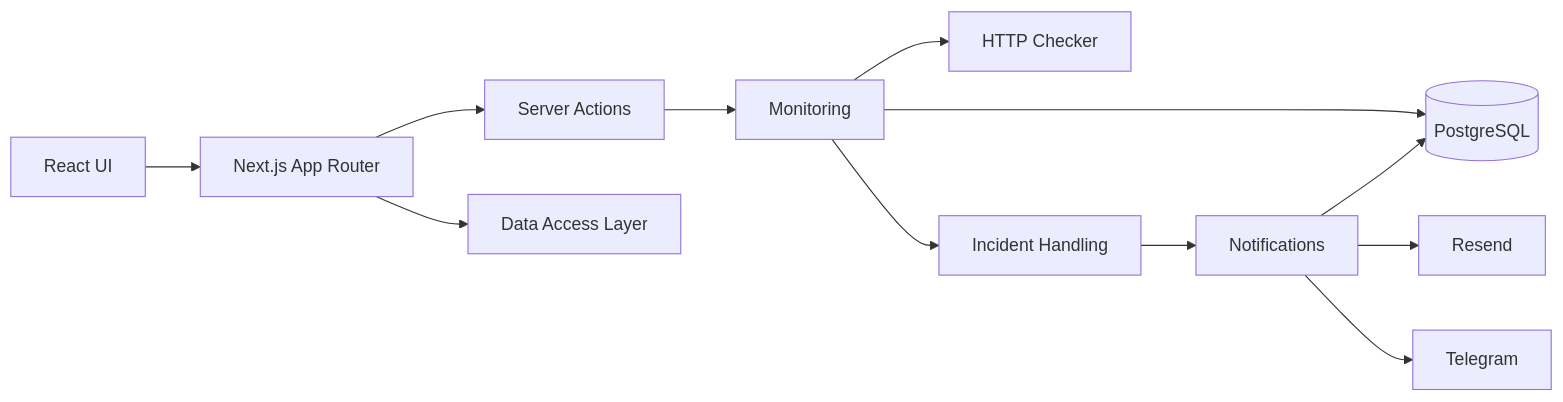
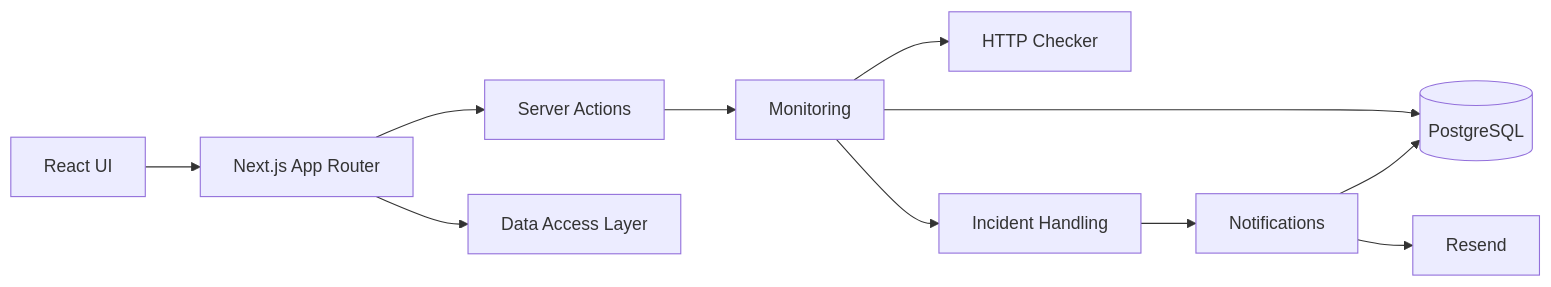
Before and after one commit to frshaad/vigil: the diagram in README.md, drawn with Mermaid. The commit also changed other lines of this file and 24 other files, not shown here.

````diff
--- a/README.md
+++ b/README.md
@@ -129,16 +128,15 @@
 ```mermaid
 flowchart LR
     UI[React UI] --> APP[Next.js App Router]
     APP --> ACTIONS[Server Actions]
     APP --> DAL[Data Access Layer]
 
     ACTIONS --> MONITOR[Monitoring]
     MONITOR --> CHECKER[HTTP Checker]
     MONITOR --> DB[(PostgreSQL)]
     MONITOR --> INCIDENTS[Incident Handling]
     INCIDENTS --> NOTIFY[Notifications]
 
     NOTIFY --> EMAIL[Resend]
-    NOTIFY --> TELEGRAM[Telegram]
     NOTIFY --> DB
 ```
````
